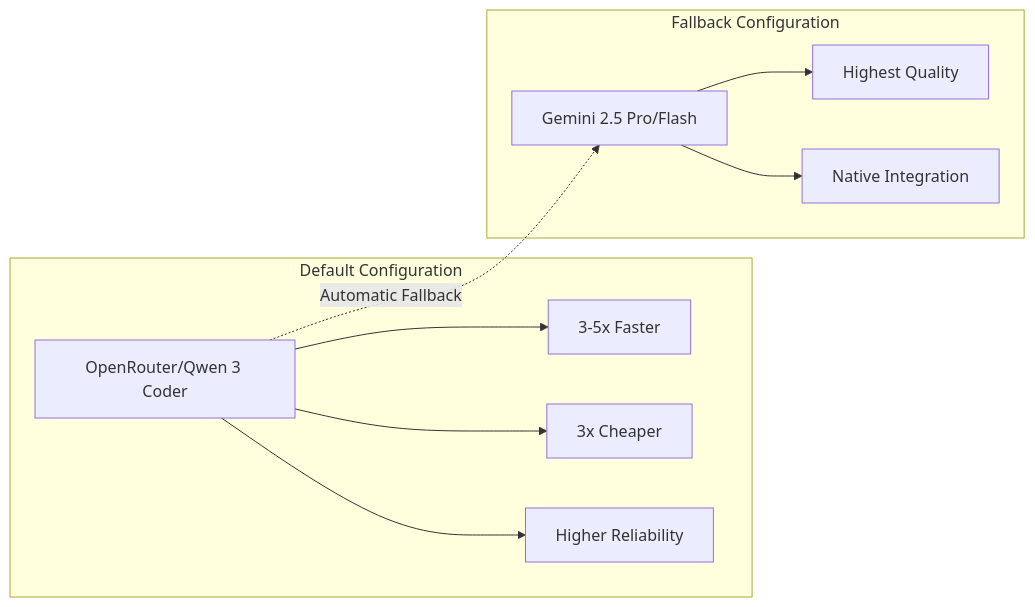
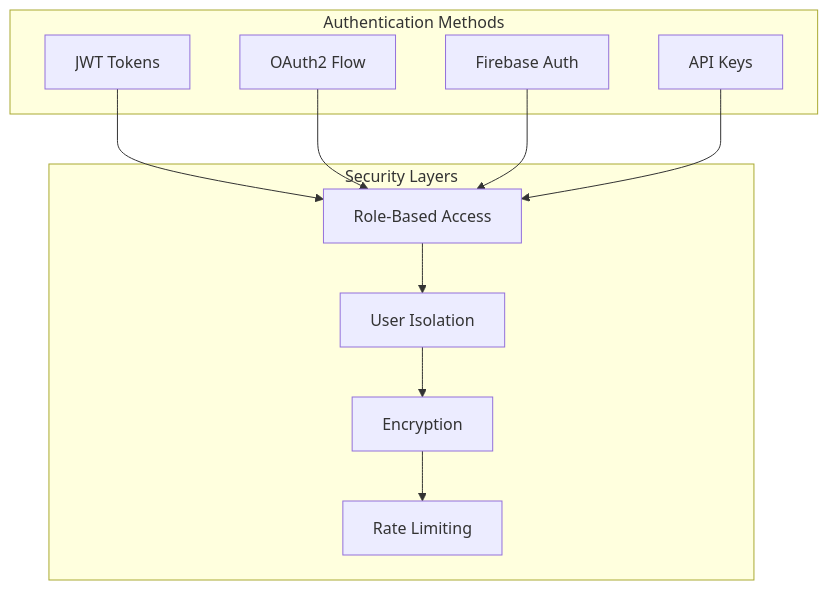
Before and after one commit to NickB03/vana: the fourth of 6 diagrams in README.md, drawn with Mermaid. The commit also changed other lines of this file and 2 other files, not shown here.

````diff
--- a/README.md
+++ b/README.md
@@ -296,17 +431,25 @@
 ```mermaid
-graph LR
-    subgraph "Default Configuration"
-        OR[OpenRouter/Qwen 3 Coder]
-        OR --> FAST[3-5x Faster]
-        OR --> CHEAP[3x Cheaper]
-        OR --> REL[Higher Reliability]
+graph TB
+    subgraph "Authentication Methods"
+        JWT[JWT Tokens]
+        OAUTH[OAuth2 Flow]
+        FB[Firebase Auth]
+        API[API Keys]
     end
     
-    subgraph "Fallback Configuration"
-        GEM[Gemini 2.5 Pro/Flash]
-        GEM --> QUAL[Highest Quality]
-        GEM --> INTEG[Native Integration]
+    subgraph "Security Layers"
+        RBAC[Role-Based Access]
+        ISO[User Isolation]
+        ENC[Encryption]
+        RATE[Rate Limiting]
     end
     
-    OR -.->|Automatic Fallback| GEM
+    JWT --> RBAC
+    OAUTH --> RBAC
+    FB --> RBAC
+    API --> RBAC
+    
+    RBAC --> ISO
+    ISO --> ENC
+    ENC --> RATE
 ```
````
